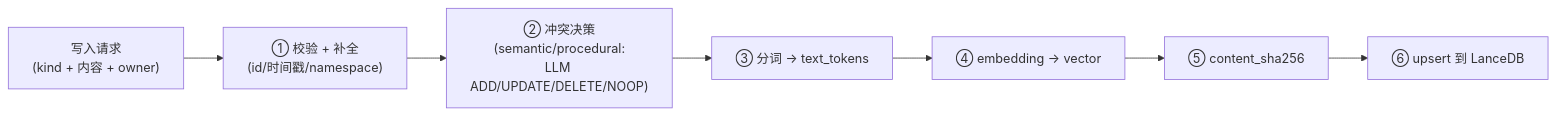
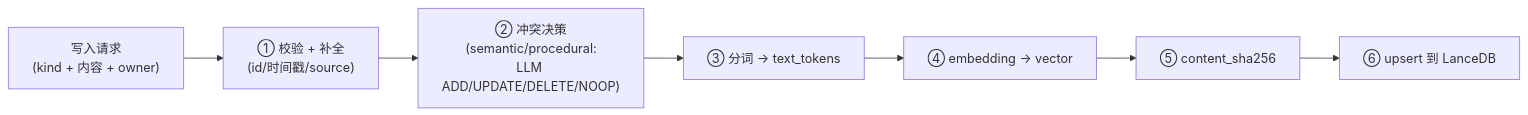
Before and after one commit to Kairos0922/kairos-agent-infra: the second of 2 diagrams in docs/modules/memory/memory-types.md, drawn with Mermaid. The commit also changed other lines of this file and 54 other files, not shown here.

````diff
--- a/docs/modules/memory/memory-types.md
+++ b/docs/modules/memory/memory-types.md
@@ -360,11 +379,11 @@
 ```mermaid
 flowchart LR
     IN["写入请求<br/>(kind + 内容 + owner)"]
-    V["① 校验 + 补全<br/>(id/时间戳/namespace)"]
+    V["① 校验 + 补全<br/>(id/时间戳/source)"]
     DEDUP["② 冲突决策<br/>(semantic/procedural:<br/>LLM ADD/UPDATE/DELETE/NOOP)"]
     TOK["③ 分词 → text_tokens"]
     EMB["④ embedding → vector"]
     HASH["⑤ content_sha256"]
     UP["⑥ upsert 到 LanceDB"]
     IN --> V --> DEDUP --> TOK --> EMB --> HASH --> UP
 ```
````
